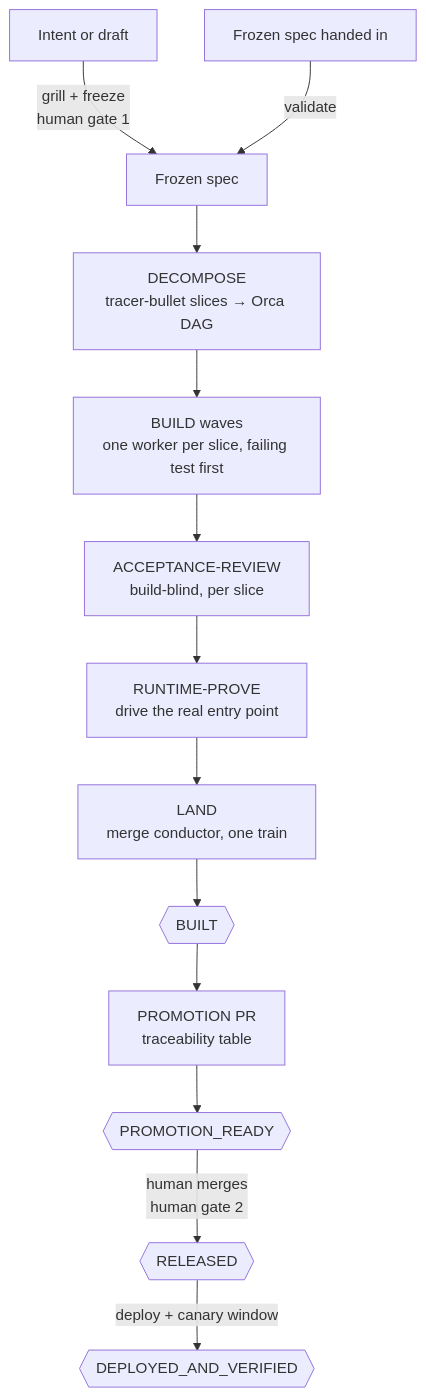
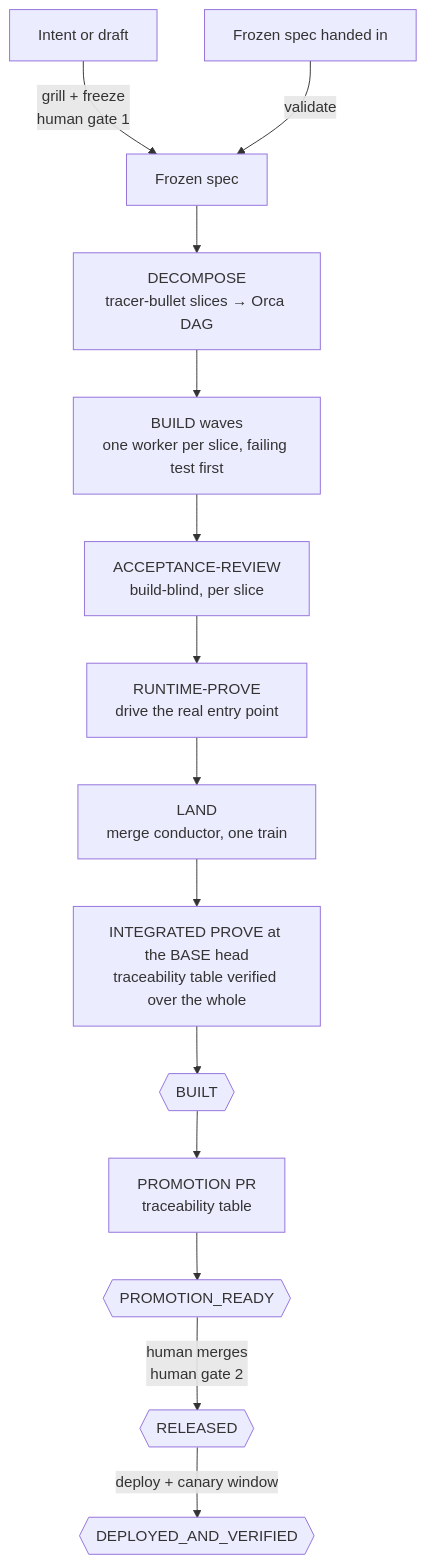
The diagram in docs/missions/ship-it.md (ravidsrk/orca-fleet), drawn with Mermaid before and after one commit. The commit also changed other lines of this file and 1 other file, not shown here.

First line of the commit message:
docs(ship-it): prove the integrated whole at the BASE head; name deploy/rollback as one-way gates

````diff
--- a/docs/missions/ship-it.md
+++ b/docs/missions/ship-it.md
@@ -57,15 +57,16 @@
 ```mermaid
 flowchart TD
     A[Intent or draft] -->|grill + freeze<br/>human gate 1| C[Frozen spec]
     B[Frozen spec handed in] -->|validate| C
     C --> D[DECOMPOSE<br/>tracer-bullet slices → Orca DAG]
     D --> E[BUILD waves<br/>one worker per slice, failing test first]
     E --> F[ACCEPTANCE-REVIEW<br/>build-blind, per slice]
     F --> G[RUNTIME-PROVE<br/>drive the real entry point]
     G --> H[LAND<br/>merge conductor, one train]
-    H --> I{{BUILT}}
+    H --> H2[INTEGRATED PROVE at the BASE head<br/>traceability table verified over the whole]
+    H2 --> I{{BUILT}}
     I --> J[PROMOTION PR<br/>traceability table]
     J --> K{{PROMOTION_READY}}
     K -->|human merges<br/>human gate 2| L{{RELEASED}}
     L -->|deploy + canary window| M{{DEPLOYED_AND_VERIFIED}}
 ```
````
